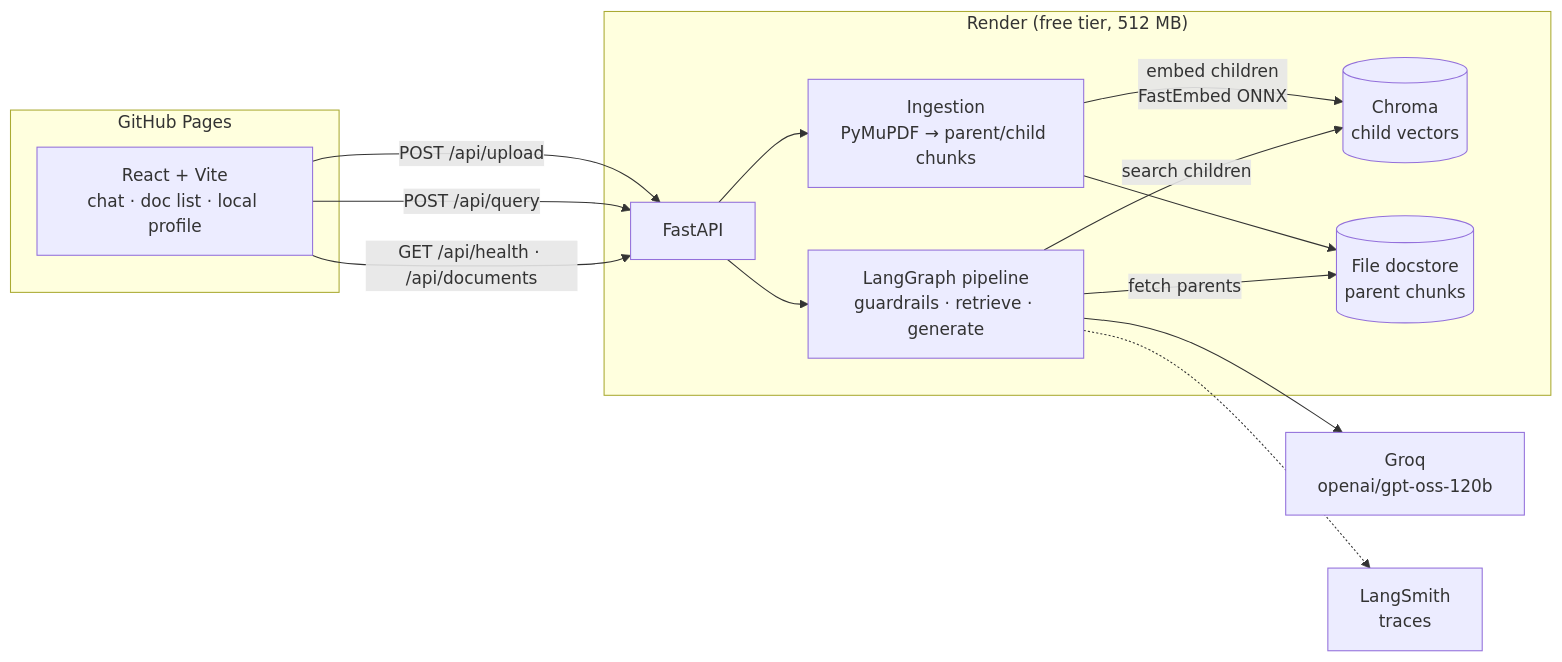
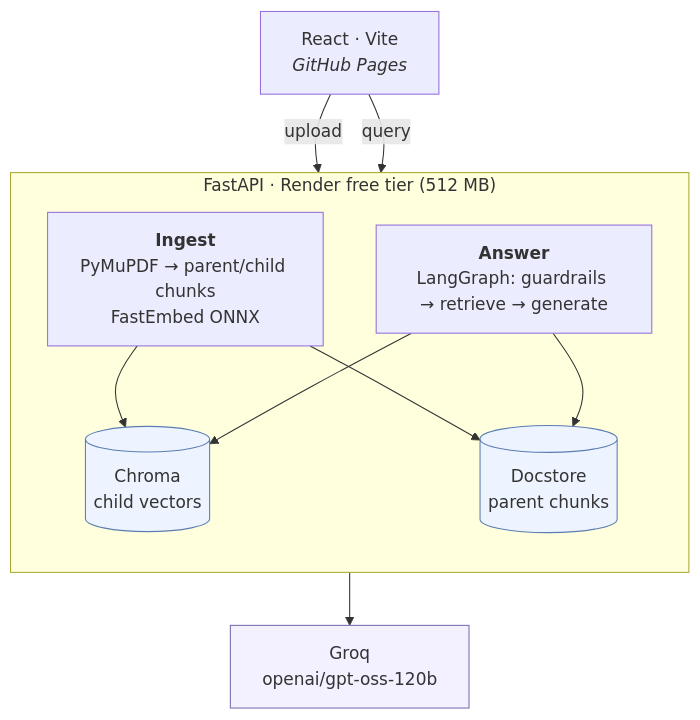
Before and after one commit to AkshayJaitly/langchain-rag-assistant: the first of 4 diagrams in README.md, drawn with Mermaid. The commit also changed other lines of this file, not shown here.

First line of the commit message:
Clean up the Mermaid diagrams

````diff
--- a/README.md
+++ b/README.md
@@ -13,29 +13,27 @@
 ```mermaid
-flowchart LR
-    subgraph Browser["GitHub Pages"]
-        UI["React + Vite<br/>chat · doc list · local profile"]
+flowchart TB
+    UI["React · Vite<br/><i>GitHub Pages</i>"]
+
+    subgraph BE["FastAPI · Render free tier (512 MB)"]
+        direction TB
+        ING["<b>Ingest</b><br/>PyMuPDF → parent/child chunks<br/>FastEmbed ONNX"]
+        RAG["<b>Answer</b><br/>LangGraph: guardrails → retrieve → generate"]
+        CH[("Chroma<br/>child vectors")]
+        DS[("Docstore<br/>parent chunks")]
     end
 
-    subgraph Render["Render (free tier, 512 MB)"]
-        API["FastAPI"]
-        ING["Ingestion<br/>PyMuPDF → parent/child chunks"]
-        GRAPH["LangGraph pipeline<br/>guardrails · retrieve · generate"]
-        CHROMA[("Chroma<br/>child vectors")]
-        STORE[("File docstore<br/>parent chunks")]
-    end
+    LLM["Groq<br/>openai/gpt-oss-120b"]
 
-    GROQ["Groq<br/>openai/gpt-oss-120b"]
-    LS["LangSmith<br/>traces"]
+    UI -- "upload" --> ING
+    UI -- "query" --> RAG
+    ING --> CH
+    ING --> DS
+    RAG --> CH
+    RAG --> DS
+    RAG --> LLM
 
-    UI -- "POST /api/upload" --> API
-    UI -- "POST /api/query" --> API
-    UI -- "GET /api/health · /api/documents" --> API
-    API --> ING
-    API --> GRAPH
-    ING -- "embed children<br/>FastEmbed ONNX" --> CHROMA
-    ING --> STORE
-    GRAPH -- "search children" --> CHROMA
-    GRAPH -- "fetch parents" --> STORE
-    GRAPH --> GROQ
-    GRAPH -.-> LS
+    classDef store fill:#eef4ff,stroke:#5b7db1
+    classDef ext fill:#f3f0ff,stroke:#7c6bb1
+    class CH,DS store
+    class LLM ext
 ```
````
